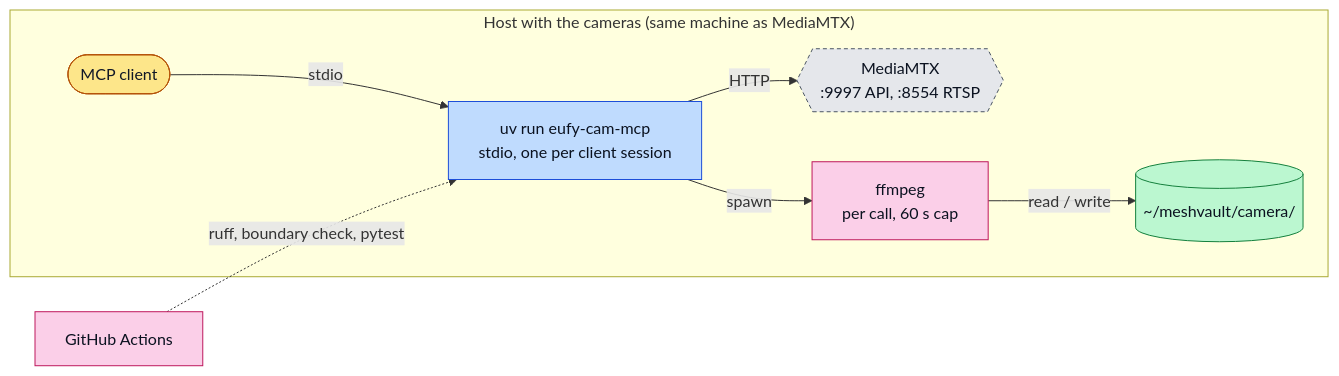
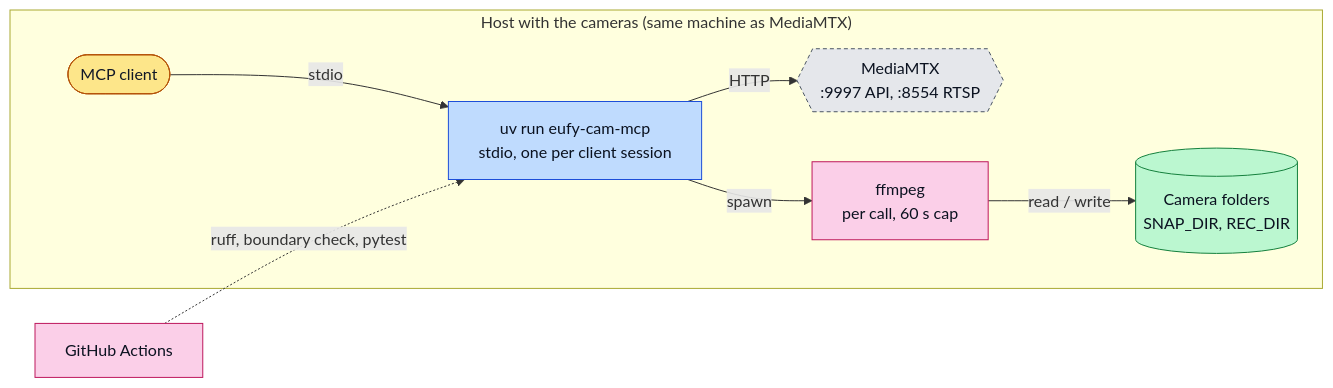
The seventh of 7 diagrams in docs/ARCHITECTURE.md (thefiredev-cloud/eufy-camera-mcp), drawn with Mermaid before and after one commit. The commit also changed other lines of this file and 12 other files, not shown here.

First line of the commit message:
docs(arch): drop owner home paths from diagrams; fix ffmpeg label wrap

````diff
--- a/docs/ARCHITECTURE.md
+++ b/docs/ARCHITECTURE.md
@@ -195,21 +195,21 @@
 ```mermaid
 flowchart LR
   ci["GitHub Actions"]:::job
   subgraph host_host["Host with the cameras (same machine as MediaMTX)"]
     client(["MCP client"]):::actor
     srv["uv run eufy-cam-mcp<br/>stdio, one per client session"]:::app
     mtx{{"MediaMTX<br/>:9997 API, :8554 RTSP"}}:::ext
     ff["ffmpeg<br/>per call, 60 s cap"]:::job
-    disk[("~/meshvault/camera/")]:::store
+    disk[("Camera folders<br/>SNAP_DIR, REC_DIR")]:::store
   end
   client -->|"stdio"| srv
   srv -->|"HTTP"| mtx
   srv -->|"spawn"| ff
   ff -->|"read / write"| disk
   ci -.->|"ruff, boundary check, pytest"| srv
   classDef actor fill:#fde68a,stroke:#b45309,color:#111827
   classDef app fill:#bfdbfe,stroke:#1d4ed8,color:#0b1220
   classDef ext fill:#e5e7eb,stroke:#4b5563,color:#0b1220,stroke-dasharray:4 3
   classDef job fill:#fbcfe8,stroke:#be185d,color:#0b1220
   classDef store fill:#bbf7d0,stroke:#15803d,color:#0b1220
 ```
````
